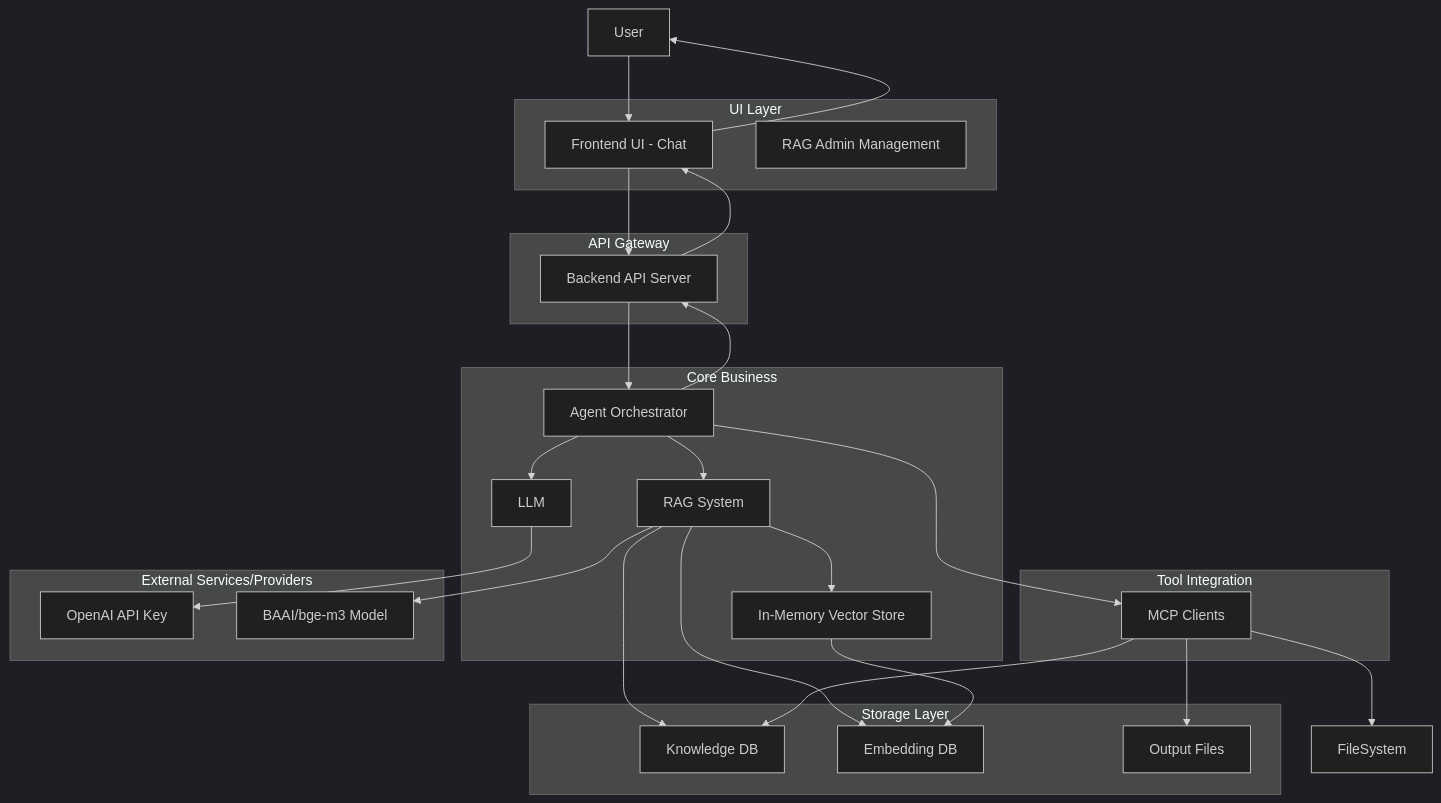
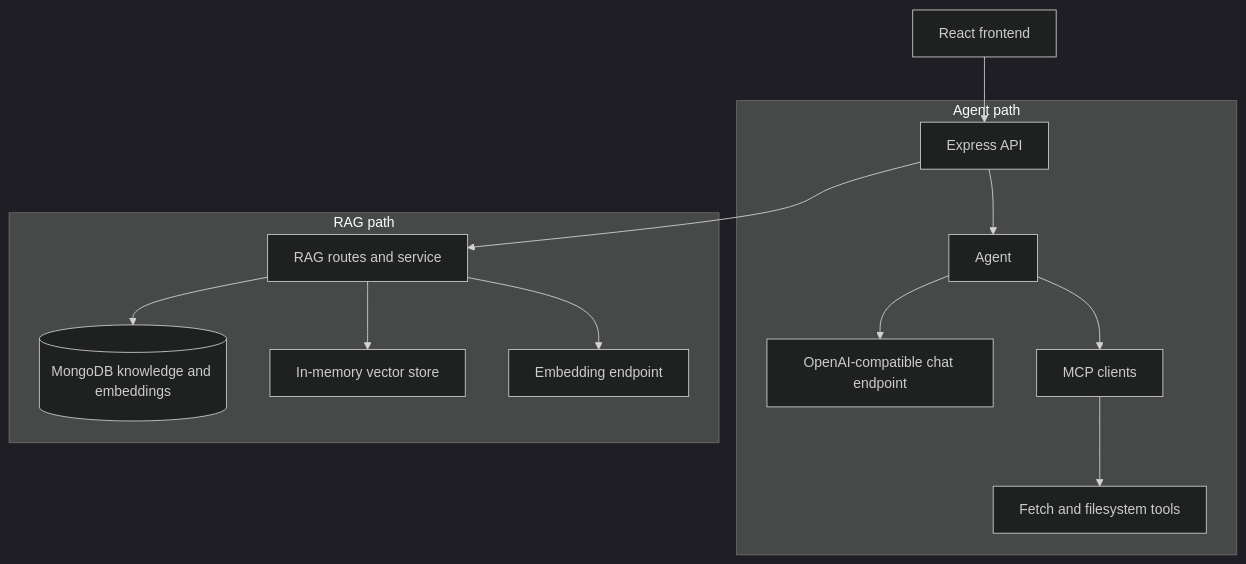
The diagram in README.md (NEDONION/llm-mcp-rag-typescript), drawn with Mermaid (dark theme) before and after one commit. The commit also changed other lines of this file and 1 other file, not shown here.

````diff
--- a/README.md
+++ b/README.md
@@ -30,68 +95,18 @@
 ```mermaid
-graph TB
-%% ==== User ====
-  User[User]
+flowchart TB
+  UI[React frontend] --> API[Express API]
 
-%% ==== UI ====
-  subgraph "UI Layer"
-    UIGroup[Frontend UI - Chat]
-    UIAdmin[RAG Admin Management]
+  subgraph Agent path
+    API --> Agent[Agent]
+    Agent --> Chat[OpenAI-compatible chat endpoint]
+    Agent --> MCP[MCP clients]
+    MCP --> Tools[Fetch and filesystem tools]
   end
 
-%% ==== API ====
-  subgraph "API Gateway"
-    API[Backend API Server]
+  subgraph RAG path
+    API --> RAG[RAG routes and service]
+    RAG --> Mongo[(MongoDB knowledge and embeddings)]
+    RAG --> Memory[In-memory vector store]
+    RAG --> Embed[Embedding endpoint]
   end
-
-%% ==== Core ====
-  subgraph "Core Business"
-    Agent[Agent Orchestrator]
-    LLM[LLM]
-    RAG[RAG System]
-    VectorStore[In-Memory Vector Store]
-  end
-
-%% ==== Tool ====
-  subgraph "Tool Integration"
-    MCP[MCP Clients]
-  end
-
-%% ==== Storage ====
-  subgraph "Storage Layer"
-    Knowledge[Knowledge DB]
-    Embedding[Embedding DB]
-    Output[Output Files]
-  end
-
-%% ==== External Only ====
-  subgraph "External Services/Providers"
-    OpenAI[OpenAI API Key]
-    BGE[BAAI/bge-m3 Model]
-  end
-
-%% ==== Request Flow ====
-  User --> UIGroup
-  UIGroup --> API
-  API --> Agent
-  Agent --> LLM
-  Agent --> RAG
-  Agent --> MCP
-  Agent --> API
-  API --> UIGroup
-  UIGroup --> User
-
-%% ==== RAG Flow ====
-  RAG --> VectorStore
-  RAG --> Embedding
-  RAG --> Knowledge
-  VectorStore --> Embedding
-
-%% ==== MCP ====
-  MCP --> Knowledge
-  MCP --> Output
-  MCP --> FileSystem
-
-%% ==== External Calls ====
-  LLM --> OpenAI
-  RAG --> BGE
 ```
````
